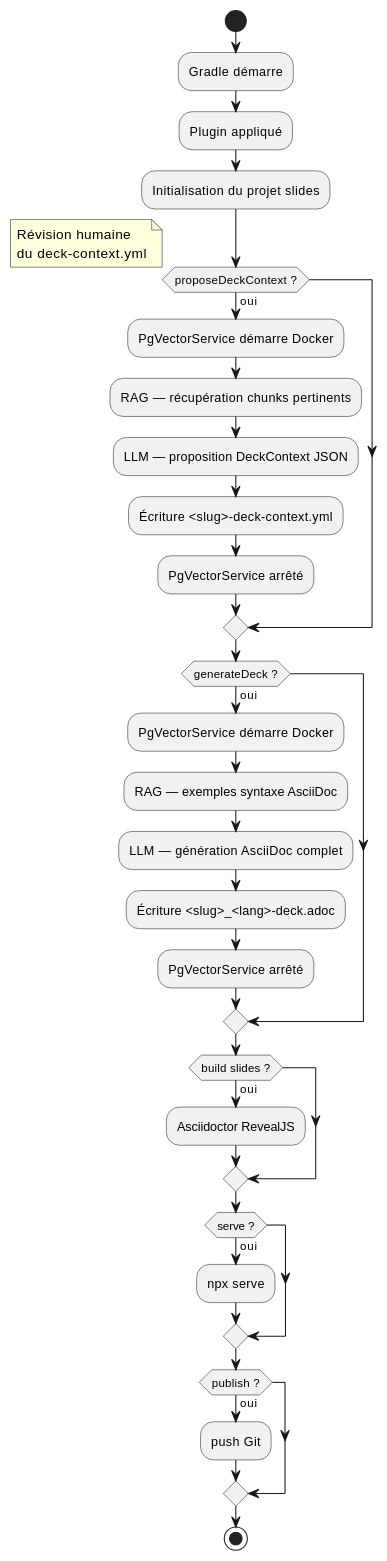
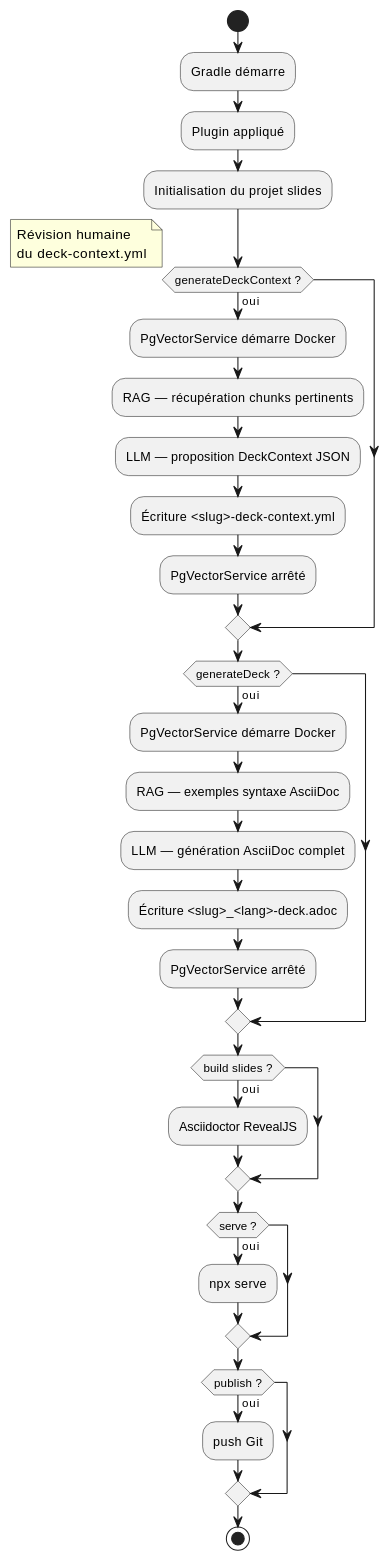
The second of 10 diagrams in README_truth_fr.adoc (cheroliv/slider-gradle), drawn with PlantUML before and after one commit. The commit also changed other lines of this file and 13 other files, not shown here.

Commit message:
EPIC K K-1: renommage taxonomie (generateSlides, generateDashboard, deploySlides, generateCapsule, generateDeckContext, collectRagIndex) + groupes

```diff
--- a/README_truth_fr.adoc
+++ b/README_truth_fr.adoc
@@ -65,43 +65,43 @@
 [plantuml]
 ----
 @startuml
 start
 :Gradle démarre;
 :Plugin appliqué;
 :Initialisation du projet slides;
 
-if (proposeDeckContext ?) then (oui)
+if (generateDeckContext ?) then (oui)
   :PgVectorService démarre Docker;
   :RAG — récupération chunks pertinents;
   :LLM — proposition DeckContext JSON;
   :Écriture <slug>-deck-context.yml;
   :PgVectorService arrêté;
 endif
 
 note right
   Révision humaine
   du deck-context.yml
 end note
 
 if (generateDeck ?) then (oui)
   :PgVectorService démarre Docker;
   :RAG — exemples syntaxe AsciiDoc;
   :LLM — génération AsciiDoc complet;
   :Écriture <slug>_<lang>-deck.adoc;
   :PgVectorService arrêté;
 endif
 
 if (build slides ?) then (oui)
   :Asciidoctor RevealJS;
 endif
 
 if (serve ?) then (oui)
   :npx serve;
 endif
 
 if (publish ?) then (oui)
   :push Git;
 endif
 stop
 @enduml
 ----
```
